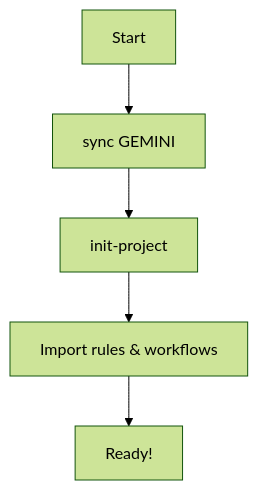
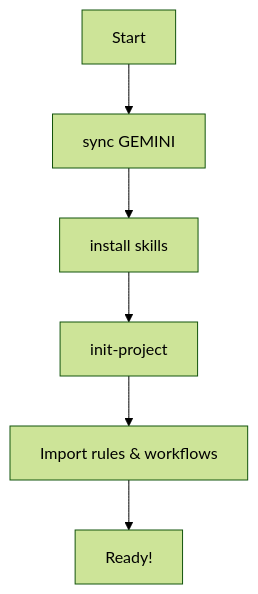
The diagram in README.md (mr-phariyawit/startup), drawn with Mermaid (forest theme) before and after one commit. The commit also changed other lines of this file and 1 other file, not shown here.

First line of the commit message:
✨ feat: add Custom Skills, .cursorrules, and sync-project workflow

````diff
--- a/README.md
+++ b/README.md
@@ -46,7 +74,8 @@
 ```mermaid
 graph TD
     A[Start] --> B[sync GEMINI]
-    B --> C[init-project]
-    C --> D[Import rules & workflows]
-    D --> E[Ready!]
+    B --> C[install skills]
+    C --> D[init-project]
+    D --> E[Import rules & workflows]
+    E --> F[Ready!]
 ```
````
